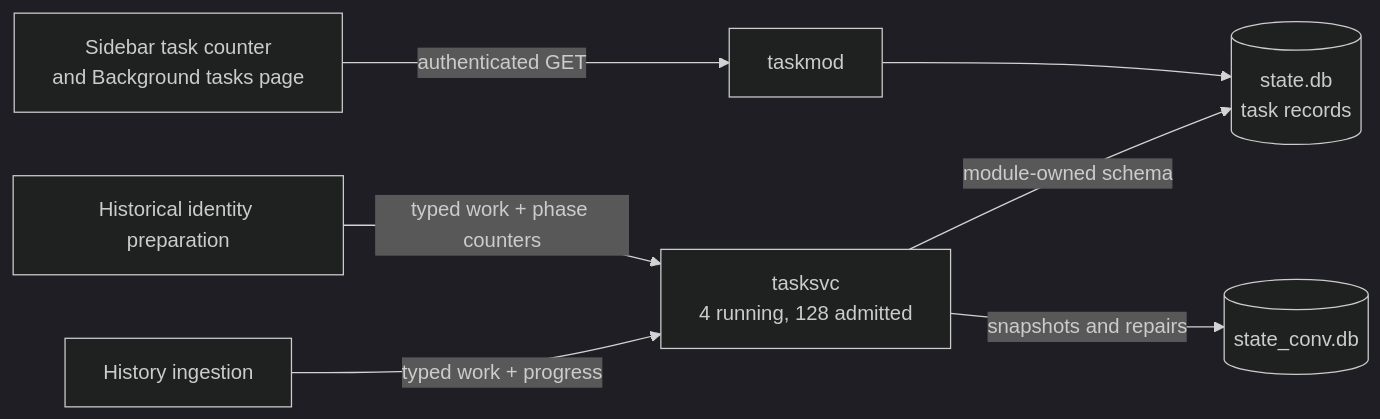
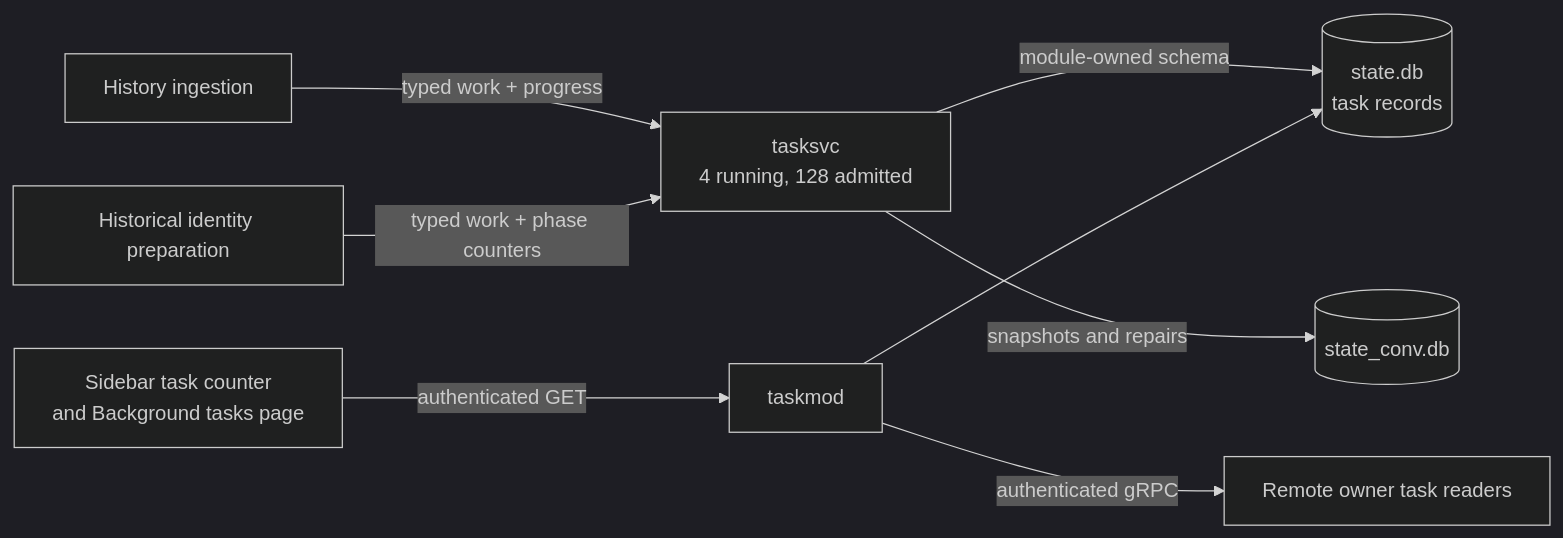
One commit to ocman/ocman changed the seventh of 7 diagrams in docs/other/architecture-history.md. Above: the diagram before and after it, drawn with Mermaid (dark theme). The commit also changed other lines of this file and 4 other files, not shown here.

Commit message:
fix(tasks): preserve task lists when a remote is unavailable

````diff
--- a/docs/other/architecture-history.md
+++ b/docs/other/architecture-history.md
@@ -736,9 +736,10 @@
 ```mermaid
 flowchart LR
     Import[History ingestion] -->|typed work + progress| Manager[tasksvc<br/>4 running, 128 admitted]
     Prepare[Historical identity preparation] -->|typed work + phase counters| Manager
     Manager -->|module-owned schema| State[(state.db<br/>task records)]
     Browser[Sidebar task counter<br/>and Background tasks page] -->|authenticated GET| API[taskmod]
     API --> State
+    API -->|authenticated gRPC| Remote[Remote owner task readers]
     Manager -->|snapshots and repairs| History[(state_conv.db)]
 ```
````
